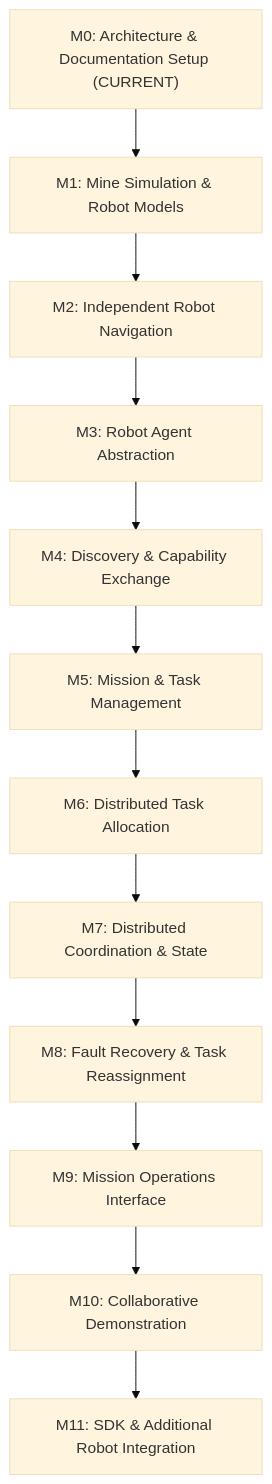
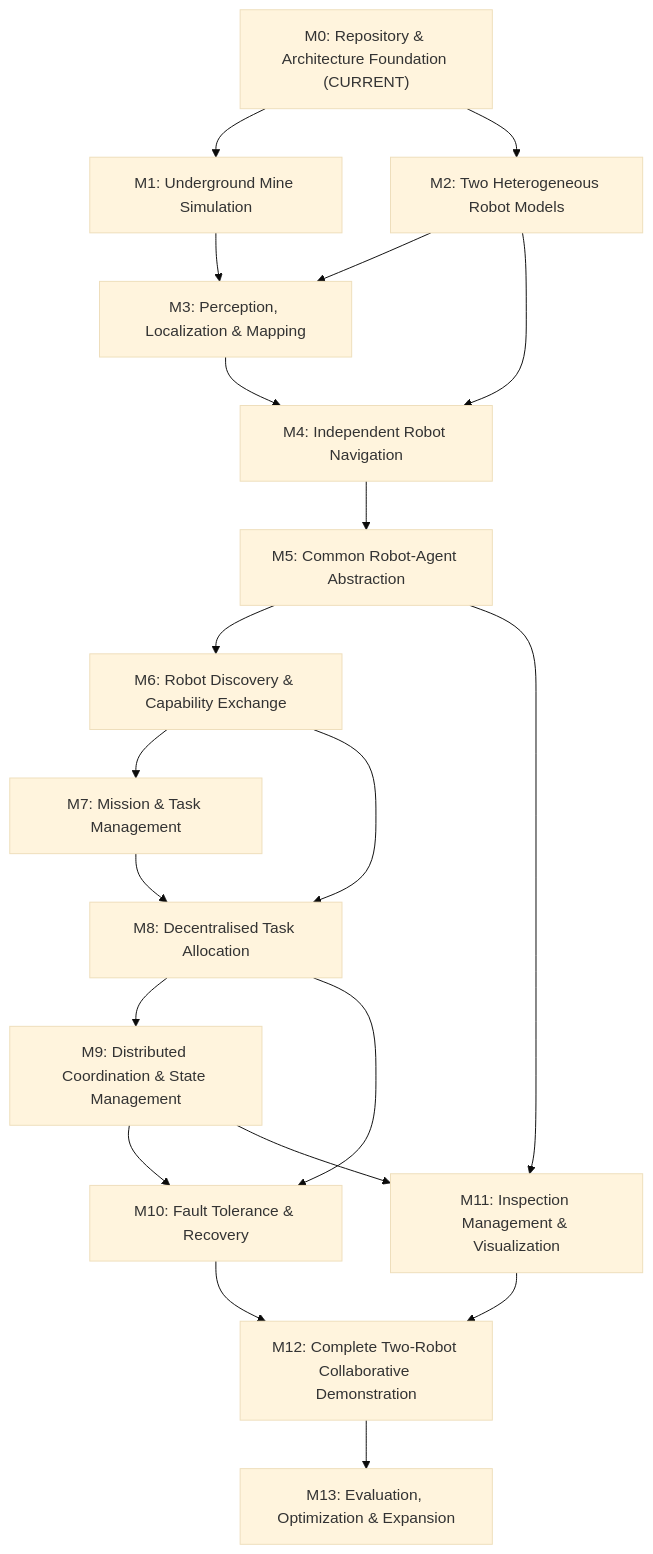
One commit to Sairam080424/decentralized_multi_robot_mine_inspection changed the diagram in docs/09_roadmap_and_management/DEVELOPMENT_ROADMAP.md. Above: the diagram before and after it, drawn with Mermaid (base theme). The commit also changed other lines of this file and 3 other files, not shown here.

Commit message:
docs(roadmap): expand development roadmap, milestone specifications, and backlog to M0-M13

````diff
--- a/docs/09_roadmap_and_management/DEVELOPMENT_ROADMAP.md
+++ b/docs/09_roadmap_and_management/DEVELOPMENT_ROADMAP.md
@@ -5,14 +9,22 @@
 ```mermaid
 flowchart TD
-    M0["M0: Architecture & Documentation Setup (CURRENT)"] --> M1["M1: Mine Simulation & Robot Models"]
-    M1 --> M2["M2: Independent Robot Navigation"]
-    M2 --> M3["M3: Robot Agent Abstraction"]
-    M3 --> M4["M4: Discovery & Capability Exchange"]
-    M4 --> M5["M5: Mission & Task Management"]
-    M5 --> M6["M6: Distributed Task Allocation"]
-    M6 --> M7["M7: Distributed Coordination & State"]
-    M7 --> M8["M8: Fault Recovery & Task Reassignment"]
-    M8 --> M9["M9: Mission Operations Interface"]
-    M9 --> M10["M10: Collaborative Demonstration"]
-    M10 --> M11["M11: SDK & Additional Robot Integration"]
+    M0["M0: Repository & Architecture Foundation (CURRENT)"] --> M1["M1: Underground Mine Simulation"]
+    M0 --> M2["M2: Two Heterogeneous Robot Models"]
+    M1 --> M3["M3: Perception, Localization & Mapping"]
+    M2 --> M3
+    M2 --> M4["M4: Independent Robot Navigation"]
+    M3 --> M4
+    M4 --> M5["M5: Common Robot-Agent Abstraction"]
+    M5 --> M6["M6: Robot Discovery & Capability Exchange"]
+    M6 --> M7["M7: Mission & Task Management"]
+    M6 --> M8["M8: Decentralised Task Allocation"]
+    M7 --> M8
+    M8 --> M9["M9: Distributed Coordination & State Management"]
+    M8 --> M10["M10: Fault Tolerance & Recovery"]
+    M9 --> M10
+    M5 --> M11["M11: Inspection Management & Visualization"]
+    M9 --> M11
+    M10 --> M12["M12: Complete Two-Robot Collaborative Demonstration"]
+    M11 --> M12
+    M12 --> M13["M13: Evaluation, Optimization & Expansion"]
 ```
````
